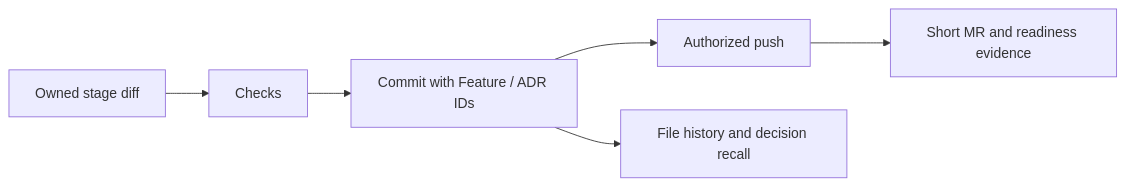
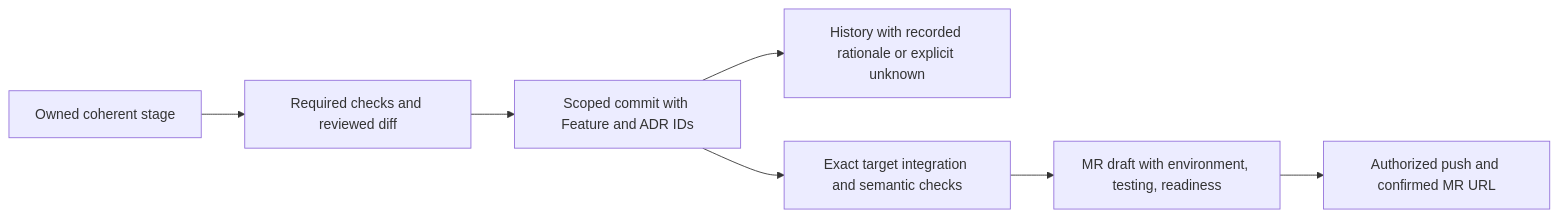
One commit to zxc0zxc0zxc/palarran-framework changed the diagram in packages/code/git/docs/README.md. Above: the diagram before and after it, drawn with Mermaid. The commit also changed other lines of this file and 53 other files, not shown here.

````diff
--- a/packages/code/git/docs/README.md
+++ b/packages/code/git/docs/README.md
@@ -31,6 +23,9 @@
 ```mermaid
 flowchart LR
-  A["Owned stage diff"] --> B["Checks"] --> C["Commit with Feature / ADR IDs"]
-  C --> D["Authorized push"] --> E["Short MR and readiness evidence"]
-  C --> H["File history and decision recall"]
+    A[Owned coherent stage] --> B[Required checks and reviewed diff]
+    B --> C[Scoped commit with Feature and ADR IDs]
+    C --> H[History with recorded rationale or explicit unknown]
+    C --> D[Exact target integration and semantic checks]
+    D --> E[MR draft with environment, testing, readiness]
+    E --> F[Authorized push and confirmed MR URL]
 ```
````
